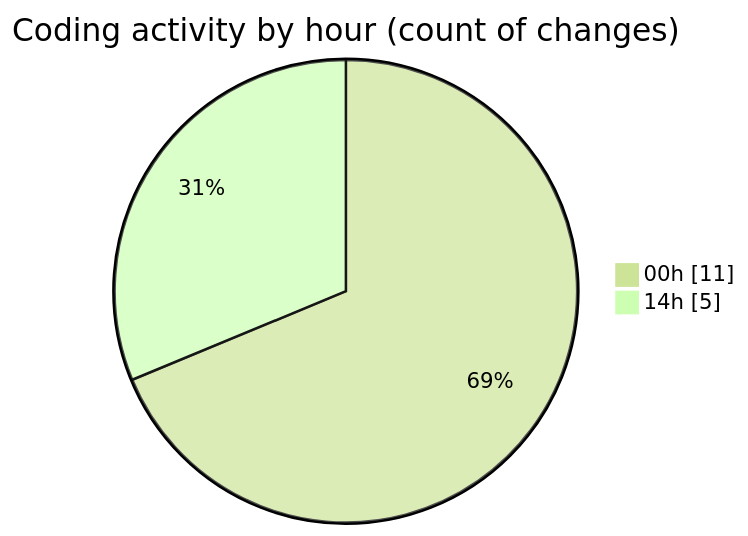
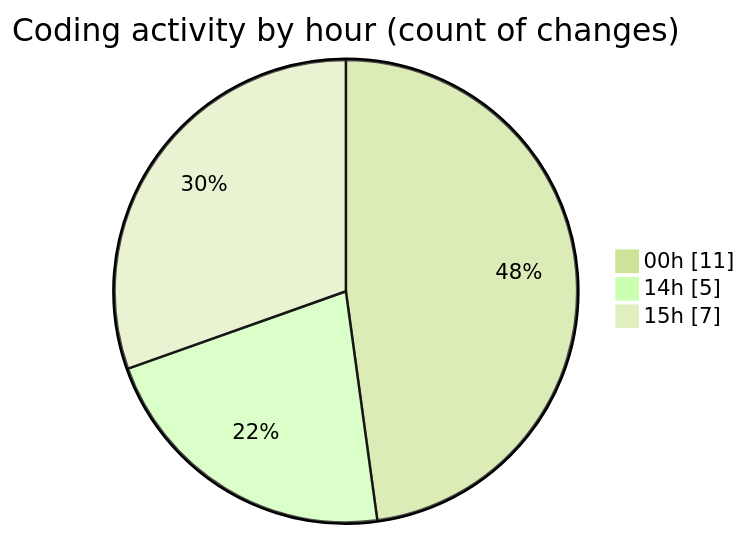
One commit to Ritupan-Deka/code-tracking changed the second of 2 diagrams in 2025-06-21/refinedproject/README.md. Above: the diagram before and after it, drawn with Mermaid (forest theme). The commit also changed other lines of this file and 1 other file, not shown here.

````diff
--- a/2025-06-21/refinedproject/README.md
+++ b/2025-06-21/refinedproject/README.md
@@ -34,6 +34,7 @@
 ```mermaid
 pie showData
 title Coding activity by hour (count of changes)
 "00h" : 11
 "14h" : 5
+"15h" : 7
 ```
````
